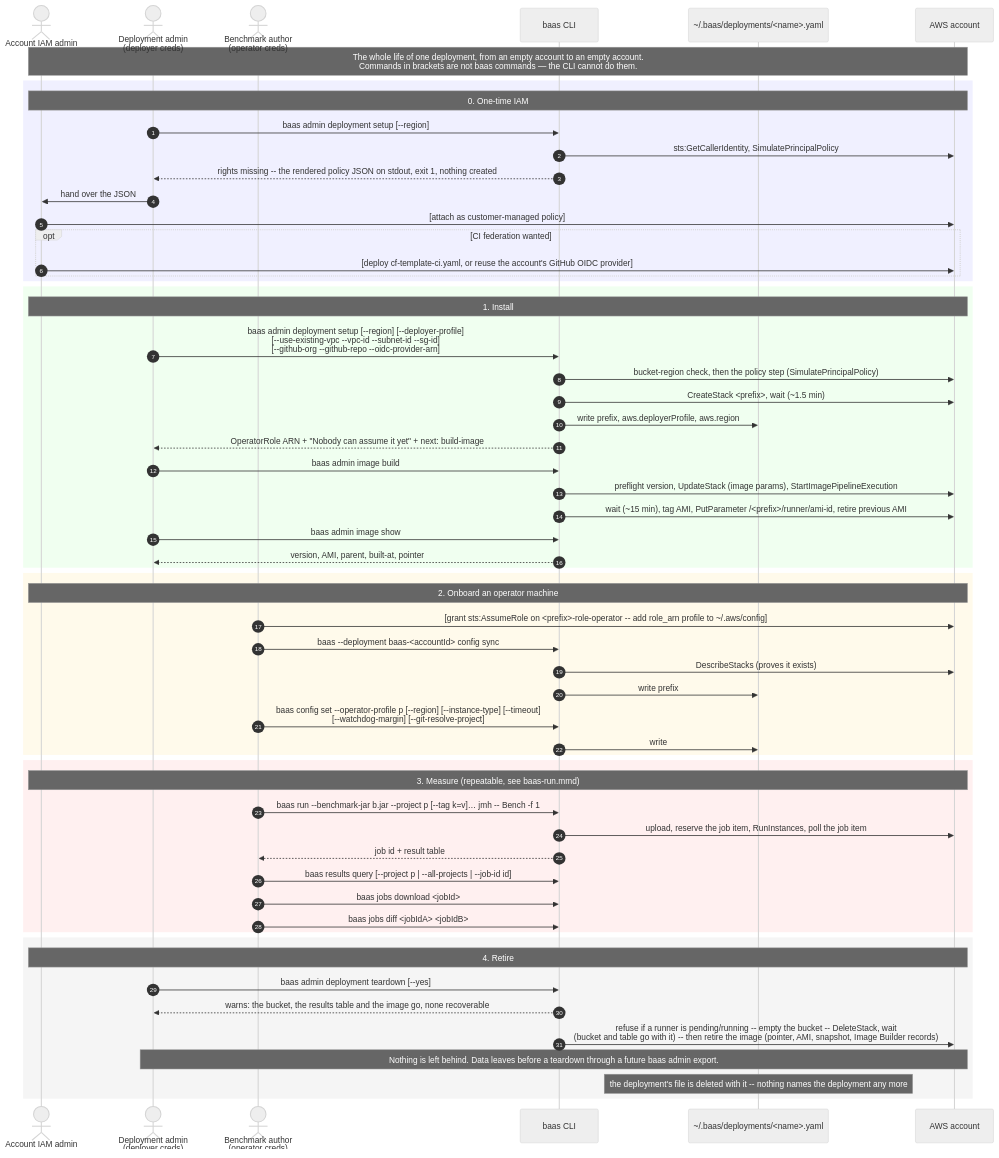
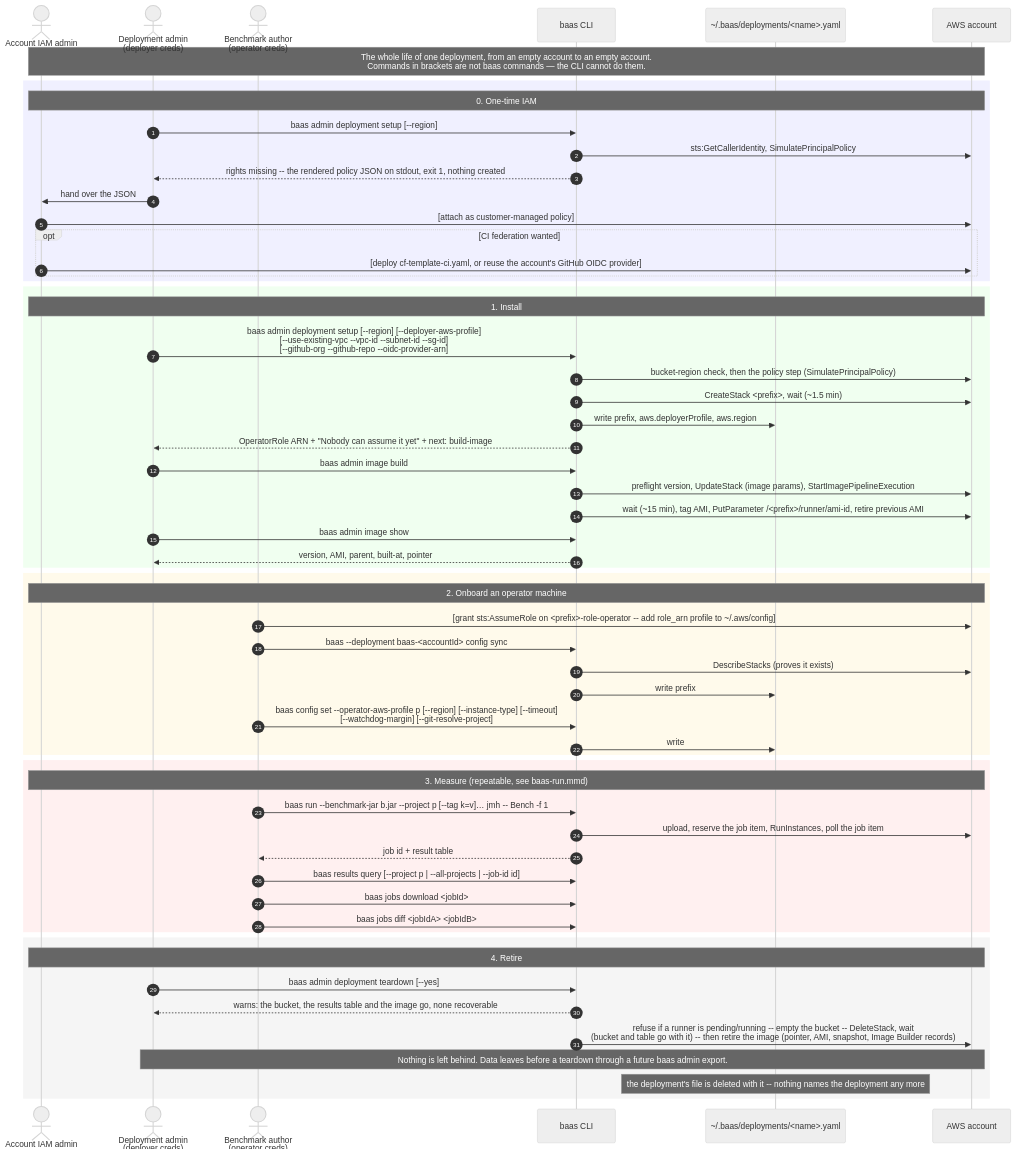
The diagram in docs/diagrams/baas-lifecycle.mmd (wsztajerowski/benchmark-as-a-service), drawn with Mermaid (neutral theme) before and after one commit. The commit also changed 16 other files, not shown here.

First line of the commit message:
refactor(cli): rename the profile options to --deployer-aws-profile and --operator-aws-profile

```diff
--- a/docs/diagrams/baas-lifecycle.mmd
+++ b/docs/diagrams/baas-lifecycle.mmd
@@ -1,65 +1,65 @@
 sequenceDiagram
     autonumber
     actor IA as Account IAM admin
     actor Adm as Deployment admin<br/>(deployer creds)
     actor Op as Benchmark author<br/>(operator creds)
     participant CLI as baas CLI
     participant CFG as ~/.baas/deployments/<name>.yaml
     participant AWS as AWS account
 
     Note over IA,AWS: The whole life of one deployment, from an empty account to an empty account.<br/>Commands in brackets are not baas commands — the CLI cannot do them.
 
     rect rgb(240, 240, 255)
         Note over IA,AWS: 0. One-time IAM
         Adm->>CLI: baas admin deployment setup [--region]
         CLI->>AWS: sts:GetCallerIdentity, SimulatePrincipalPolicy
         CLI-->>Adm: rights missing -- the rendered policy JSON on stdout, exit 1, nothing created
         Adm->>IA: hand over the JSON
         IA->>AWS: [attach as customer-managed policy]
         opt CI federation wanted
             IA->>AWS: [deploy cf-template-ci.yaml, or reuse the account's GitHub OIDC provider]
         end
     end
 
     rect rgb(240, 255, 240)
         Note over IA,AWS: 1. Install
-        Adm->>CLI: baas admin deployment setup [--region] [--deployer-profile]<br/>[--use-existing-vpc --vpc-id --subnet-id --sg-id]<br/>[--github-org --github-repo --oidc-provider-arn]
+        Adm->>CLI: baas admin deployment setup [--region] [--deployer-aws-profile]<br/>[--use-existing-vpc --vpc-id --subnet-id --sg-id]<br/>[--github-org --github-repo --oidc-provider-arn]
         CLI->>AWS: bucket-region check, then the policy step (SimulatePrincipalPolicy)
         CLI->>AWS: CreateStack <prefix>, wait (~1.5 min)
         CLI->>CFG: write prefix, aws.deployerProfile, aws.region
         CLI-->>Adm: OperatorRole ARN + "Nobody can assume it yet" + next: build-image
         Adm->>CLI: baas admin image build
         CLI->>AWS: preflight version, UpdateStack (image params), StartImagePipelineExecution
         CLI->>AWS: wait (~15 min), tag AMI, PutParameter /<prefix>/runner/ami-id, retire previous AMI
         Adm->>CLI: baas admin image show
         CLI-->>Adm: version, AMI, parent, built-at, pointer
     end
 
     rect rgb(255, 250, 235)
         Note over IA,AWS: 2. Onboard an operator machine
         Op->>AWS: [grant sts:AssumeRole on <prefix>-role-operator -- add role_arn profile to ~/.aws/config]
         Op->>CLI: baas --deployment baas-<accountId> config sync
         CLI->>AWS: DescribeStacks (proves it exists)
         CLI->>CFG: write prefix
-        Op->>CLI: baas config set --operator-profile p [--region] [--instance-type] [--timeout]<br/>[--watchdog-margin] [--git-resolve-project]
+        Op->>CLI: baas config set --operator-aws-profile p [--region] [--instance-type] [--timeout]<br/>[--watchdog-margin] [--git-resolve-project]
         CLI->>CFG: write
     end
 
     rect rgb(255, 240, 240)
         Note over IA,AWS: 3. Measure (repeatable, see baas-run.mmd)
         Op->>CLI: baas run --benchmark-jar b.jar --project p [--tag k=v]… jmh -- Bench -f 1
         CLI->>AWS: upload, reserve the job item, RunInstances, poll the job item
         CLI-->>Op: job id + result table
         Op->>CLI: baas results query [--project p | --all-projects | --job-id id]
         Op->>CLI: baas jobs download <jobId>
         Op->>CLI: baas jobs diff <jobIdA> <jobIdB>
     end
 
     rect rgb(245, 245, 245)
         Note over IA,AWS: 4. Retire
         Adm->>CLI: baas admin deployment teardown [--yes]
         CLI-->>Adm: warns: the bucket, the results table and the image go, none recoverable
         CLI->>AWS: refuse if a runner is pending/running -- empty the bucket -- DeleteStack, wait<br/>(bucket and table go with it) -- then retire the image (pointer, AMI, snapshot, Image Builder records)
         Note over Adm,AWS: Nothing is left behind. Data leaves before a teardown through a future baas admin export.
         Note over CFG: the deployment's file is deleted with it -- nothing names the deployment any more
     end
```
